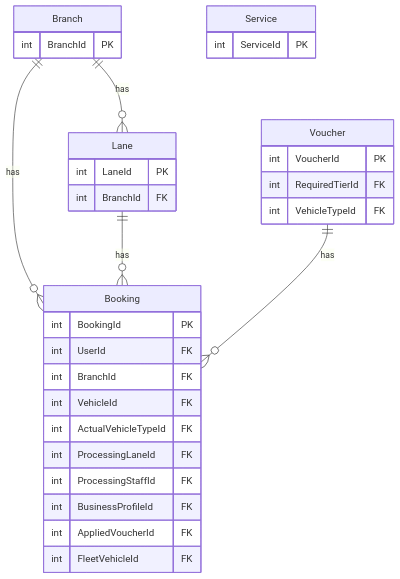
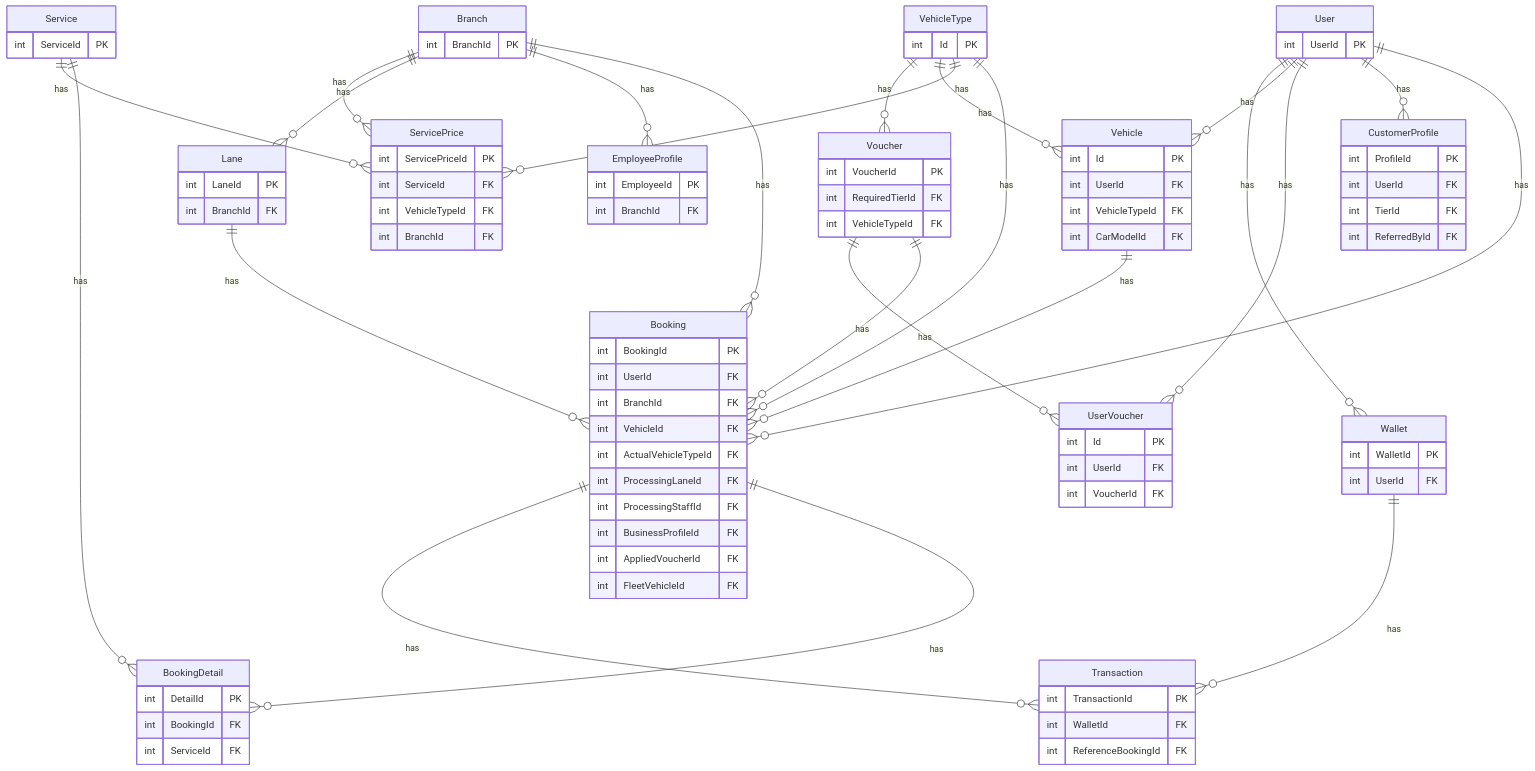
Before and after one commit to DangTienQuang/test: the diagram in ERD.md, drawn with Mermaid.

Commit message:
docs: Generate ERD diagram for Core Booking Workflow
- Generated `ERD.md` containing only the `Booking`, `BookingDetail`, `User`, `CustomerProfile`, `EmployeeProfile`, `Vehicle`, `VehicleType`, `Branch`, `Lane`, `Service`, `ServicePrice`, `Transaction`, `Wallet`, `Voucher`, and `UserVoucher` entities.
- Extracted only the primitive PKs and FKs for these 15 tables.
- Plotted direct relationships between these tables to represent the core workflow.

````diff
--- a/ERD.md
+++ b/ERD.md
@@ -13,8 +13,26 @@
         int FleetVehicleId FK
     }
 
+    BookingDetail {
+        int DetailId PK
+        int BookingId FK
+        int ServiceId FK
+    }
+
     Branch {
         int BranchId PK
+    }
+
+    CustomerProfile {
+        int ProfileId PK
+        int UserId FK
+        int TierId FK
+        int ReferredById FK
+    }
+
+    EmployeeProfile {
+        int EmployeeId PK
+        int BranchId FK
     }
 
     Lane {
@@ -26,14 +44,72 @@
         int ServiceId PK
     }
 
+    ServicePrice {
+        int ServicePriceId PK
+        int ServiceId FK
+        int VehicleTypeId FK
+        int BranchId FK
+    }
+
+    Transaction {
+        int TransactionId PK
+        int WalletId FK
+        int ReferenceBookingId FK
+    }
+
+    User {
+        int UserId PK
+    }
+
+    UserVoucher {
+        int Id PK
+        int UserId FK
+        int VoucherId FK
+    }
+
+    Vehicle {
+        int Id PK
+        int UserId FK
+        int VehicleTypeId FK
+        int CarModelId FK
+    }
+
+    VehicleType {
+        int Id PK
+    }
+
     Voucher {
         int VoucherId PK
         int RequiredTierId FK
         int VehicleTypeId FK
     }
 
+    Wallet {
+        int WalletId PK
+        int UserId FK
+    }
+
+    User ||--o{ Booking : "has"
     Branch ||--o{ Booking : "has"
+    Vehicle ||--o{ Booking : "has"
+    VehicleType ||--o{ Booking : "has"
     Lane ||--o{ Booking : "has"
     Voucher ||--o{ Booking : "has"
+    Booking ||--o{ BookingDetail : "has"
+    Service ||--o{ BookingDetail : "has"
+    User ||--o{ CustomerProfile : "has"
+
+    Branch ||--o{ EmployeeProfile : "has"
     Branch ||--o{ Lane : "has"
+    Service ||--o{ ServicePrice : "has"
+    VehicleType ||--o{ ServicePrice : "has"
+    Branch ||--o{ ServicePrice : "has"
+    Wallet ||--o{ Transaction : "has"
+    Booking ||--o{ Transaction : "has"
+    User ||--o{ UserVoucher : "has"
+    Voucher ||--o{ UserVoucher : "has"
+    User ||--o{ Vehicle : "has"
+    VehicleType ||--o{ Vehicle : "has"
+    VehicleType ||--o{ Voucher : "has"
+    User ||--o{ Wallet : "has"
 ```
````
